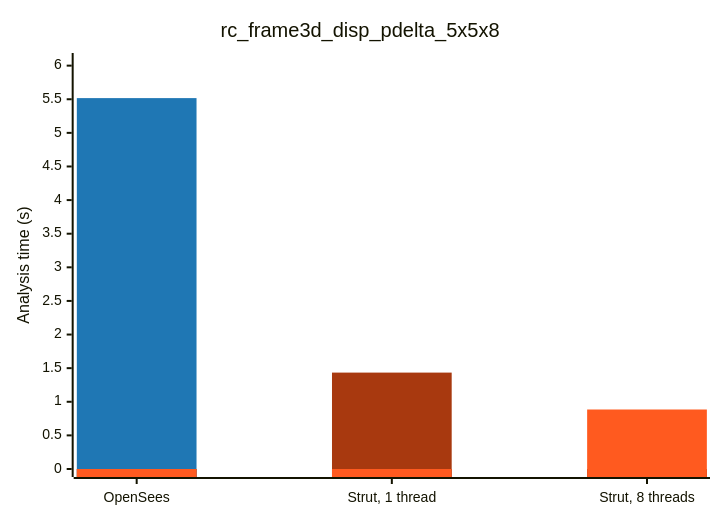
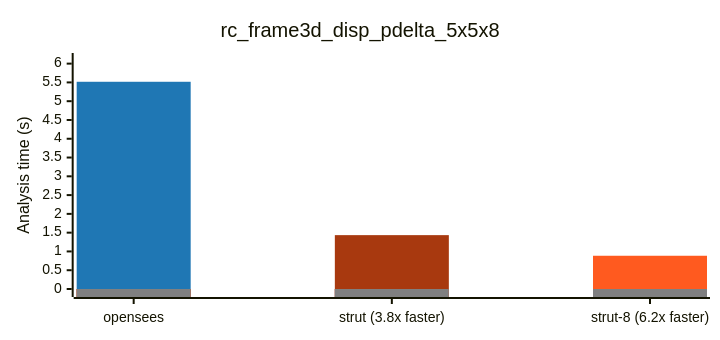
Before and after one commit to NathanaelRea/Strut: the third of 5 diagrams in docs/benchmark-opensees-examples.md, drawn with Mermaid. The commit also changed other lines of this file and 5 other files, not shown here.

````diff
--- a/docs/benchmark-opensees-examples.md
+++ b/docs/benchmark-opensees-examples.md
@@ -68,15 +69,18 @@
 ```mermaid
 ---
 config:
+  xyChart:
+    height: 320
   themeVariables:
     xyChart:
-      plotColorPalette: '#1f77b4, #a8390f, #FF5A1F'
+      plotColorPalette: '#1f77b4, #a8390f, #FF5A1F, #808080'
 ---
 xychart-beta
     title "rc_frame3d_disp_pdelta_5x5x8"
-    x-axis ["OpenSees", "Strut, 1 thread", "Strut, 8 threads"]
-    y-axis "Analysis time (s)" 0 --> 6.069
-    bar "OS" [5.517, 0.0, 0.0]
-    bar "STR1" [0.0, 1.434, 0.0]
-    bar "STR" [0.0, 0.0, 0.885]
+    x-axis ["opensees", "strut (3.8x faster)", "strut-8 (6.2x faster)"]
+    y-axis "Analysis time (s)" 0 --> 6.07
+    bar [5.517, 0, 0]
+    bar [0, 1.434, 0]
+    bar [0, 0, 0.885]
+    bar [0, 0, 0]
 ```
````
